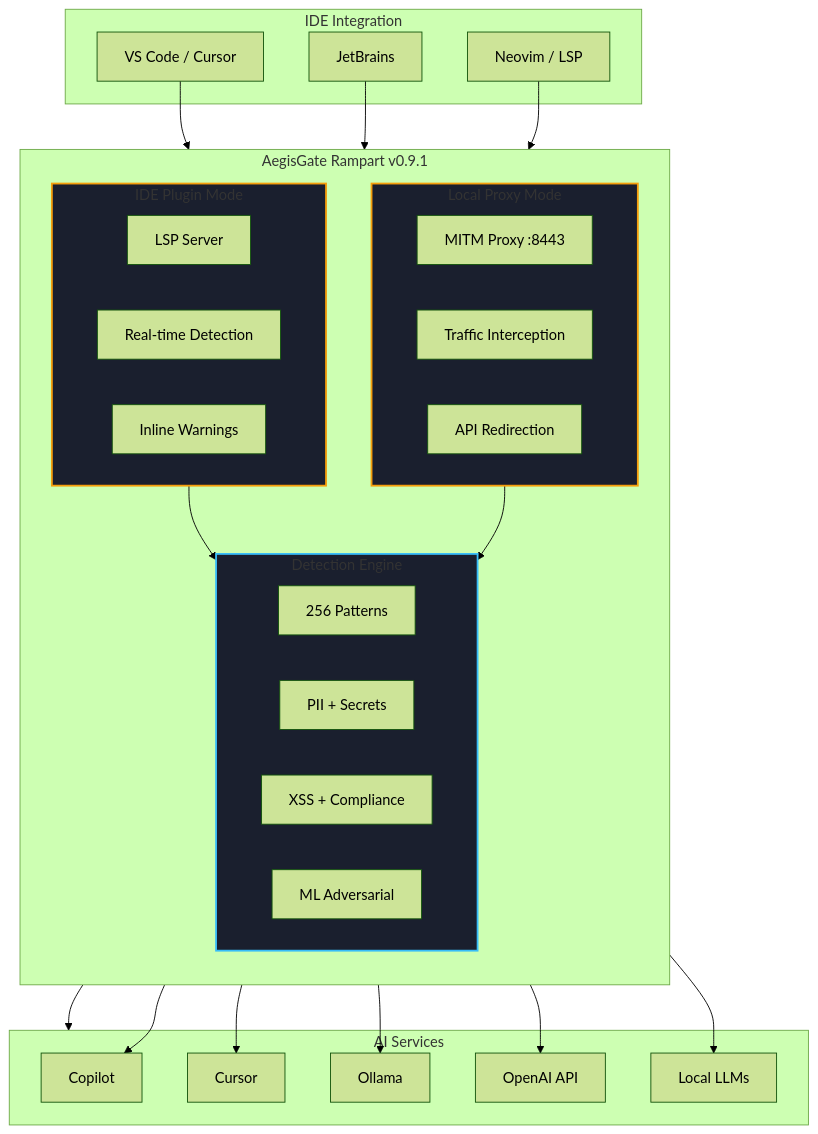
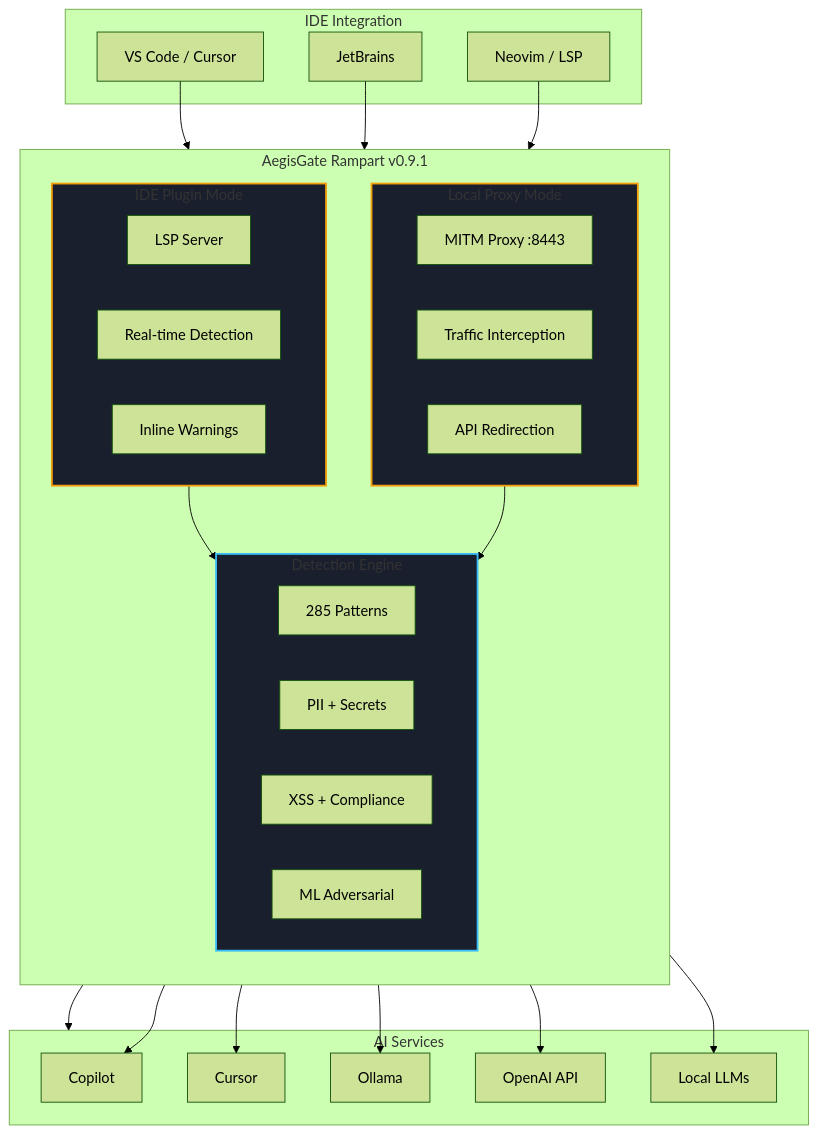
The first of 3 diagrams in content/rampart/_index.md (aegisgatesecurity/aegisgate-site), drawn with Mermaid (forest theme) before and after one commit. The commit also changed other lines of this file and 30 other files, not shown here.

```diff
--- a/content/rampart/_index.md
+++ b/content/rampart/_index.md
@@ -77,57 +77,57 @@
 {{< mermaid >}}
 flowchart TD
     subgraph IDE["IDE Integration"]
         VS[VS Code / Cursor]
         JB[JetBrains]
         NV[Neovim / LSP]
     end
 
     subgraph Rampart["AegisGate Rampart v0.9.1"]
         direction TB
         
         subgraph PluginMode["IDE Plugin Mode"]
             PM1[LSP Server]
             PM2[Real-time Detection]
             PM3[Inline Warnings]
         end
         
         subgraph ProxyMode["Local Proxy Mode"]
             PX1[MITM Proxy :8443]
             PX2[Traffic Interception]
             PX3[API Redirection]
         end
         
         subgraph Engine["Detection Engine"]
-            E1[256 Patterns]
+            E1[285 Patterns]
             E2[PII + Secrets]
             E3[XSS + Compliance]
             E4[ML Adversarial]
         end
     end
 
     subgraph AI["AI Services"]
         A[Copilot]
         B[Cursor]
         C[Ollama]
         D[OpenAI API]
         E[Local LLMs]
     end
 
     VS --> PluginMode
     JB --> PluginMode
     NV --> PluginMode
     
     PluginMode --> Engine
     ProxyMode --> Engine
     
     PluginMode --> AI
     ProxyMode --> A
     ProxyMode --> B
     ProxyMode --> C
     ProxyMode --> D
     ProxyMode --> E
 
     style PluginMode fill:#1a1f2e,stroke:#f59e0b,stroke-width:2px
     style ProxyMode fill:#1a1f2e,stroke:#f59e0b,stroke-width:2px
     style Engine fill:#1a1f2e,stroke:#38bdf8,stroke-width:2px
 {{< /mermaid >}}
```
